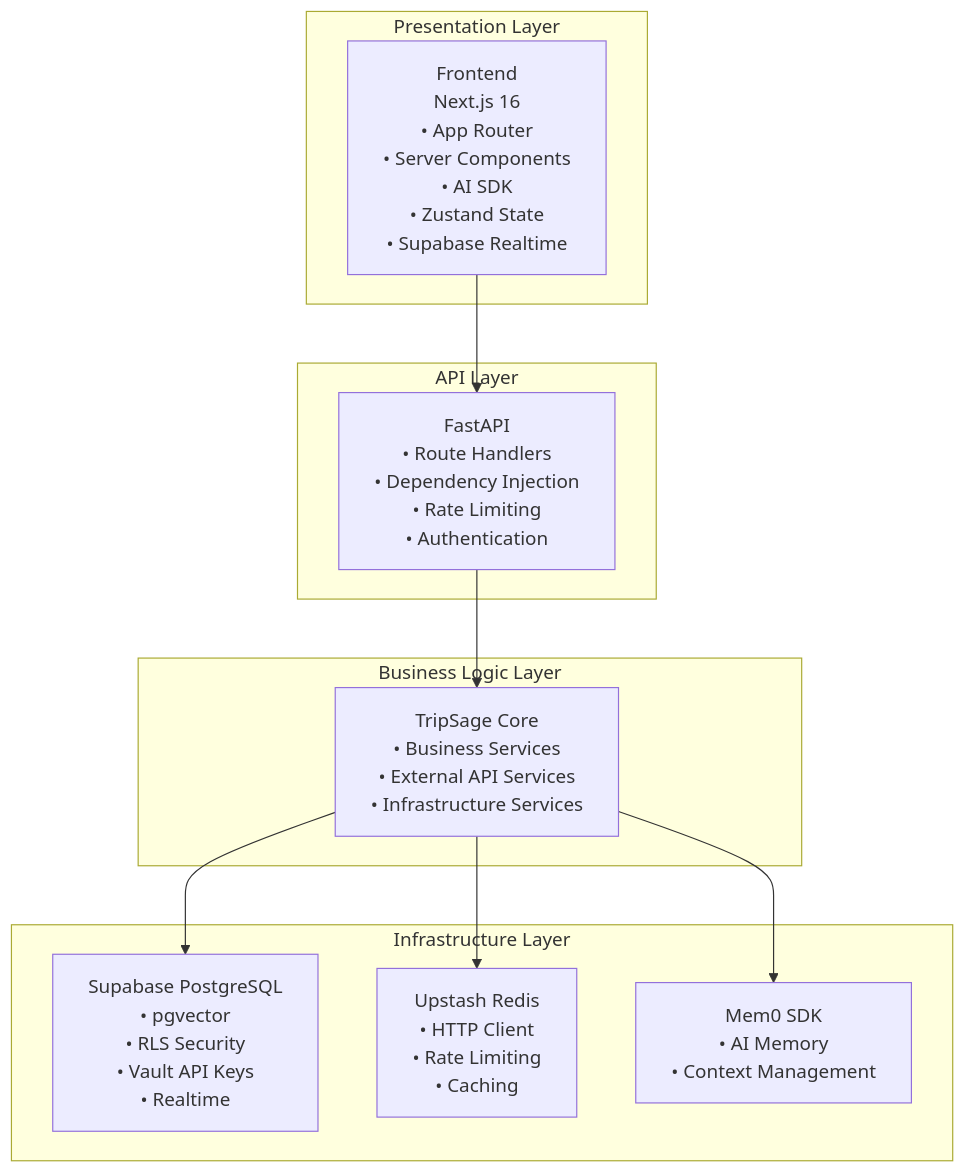
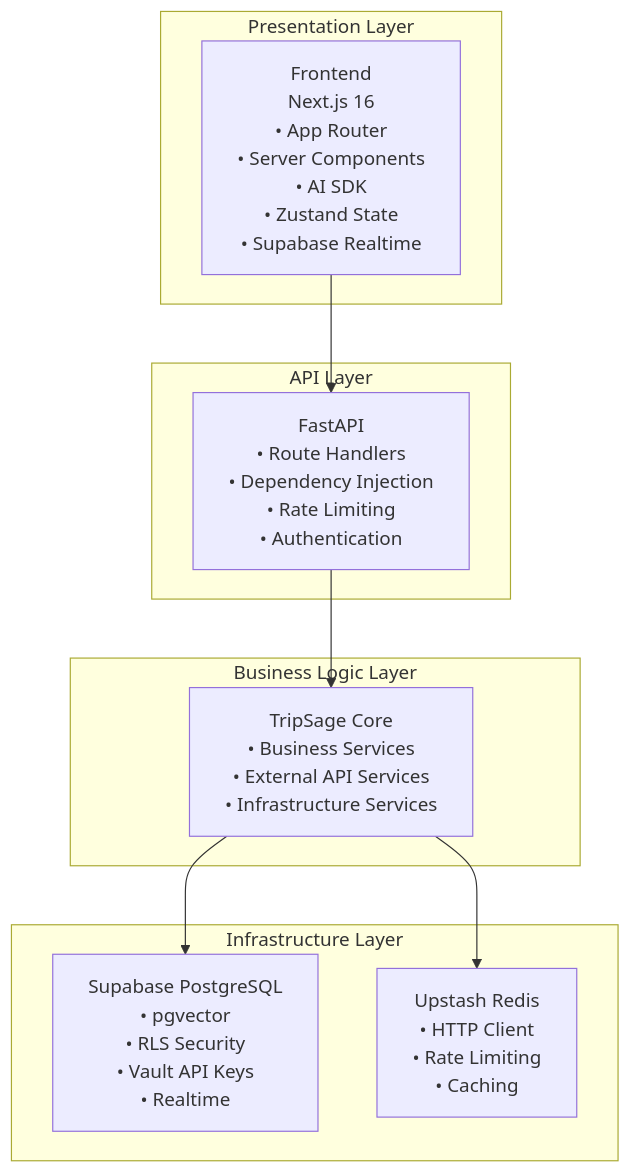
Before and after one commit to BjornMelin/tripsage-ai: the first of 2 diagrams in docs/architecture/system-overview.md, drawn with Mermaid. The commit also changed other lines of this file and 2 other files, not shown here.

First line of the commit message:
refactor(dependencies): streamline project dependencies and update architecture documentation

````diff
--- a/docs/architecture/system-overview.md
+++ b/docs/architecture/system-overview.md
@@ -9,26 +9,24 @@
 ```mermaid
 graph TD
     subgraph "Presentation Layer"
         FE[Frontend<br/>Next.js 16<br/>• App Router<br/>• Server Components<br/>• AI SDK<br/>• Zustand State<br/>• Supabase Realtime]
     end
 
     subgraph "API Layer"
         API[FastAPI<br/>• Route Handlers<br/>• Dependency Injection<br/>• Rate Limiting<br/>• Authentication]
     end
 
     subgraph "Business Logic Layer"
         CORE[TripSage Core<br/>• Business Services<br/>• External API Services<br/>• Infrastructure Services]
     end
 
     subgraph "Infrastructure Layer"
         DB[Supabase PostgreSQL<br/>• pgvector<br/>• RLS Security<br/>• Vault API Keys<br/>• Realtime]
         CACHE[Upstash Redis<br/>• HTTP Client<br/>• Rate Limiting<br/>• Caching]
-        MEM0[Mem0 SDK<br/>• AI Memory<br/>• Context Management]
     end
 
     FE --> API
     API --> CORE
     CORE --> DB
     CORE --> CACHE
-    CORE --> MEM0
 ```
````
